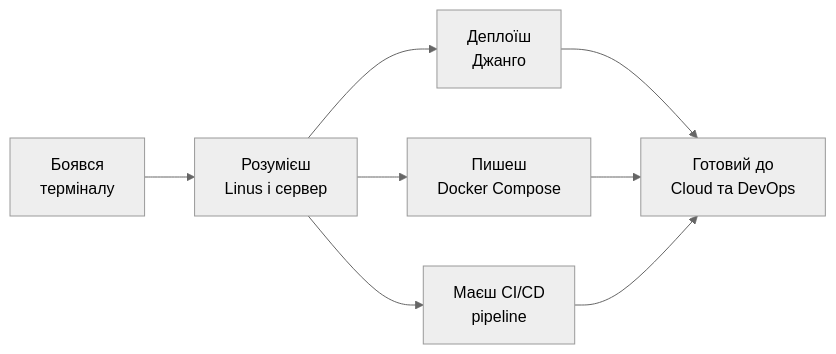
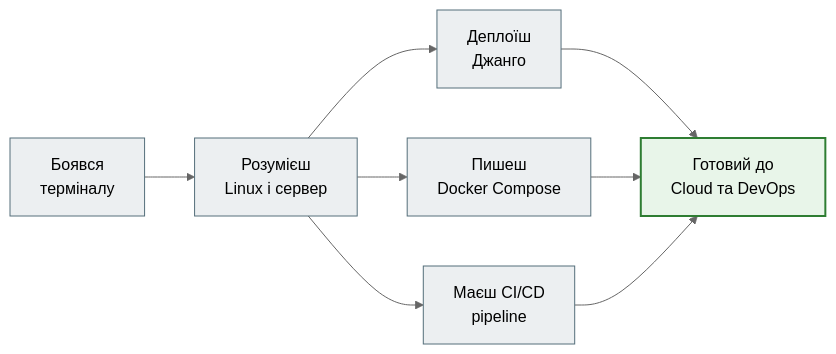
The second of 2 diagrams in docs/11_deployment/deploy_18_roadmap_next_steps_full.md (NikoriakViktot/notes_chat_app), drawn with Mermaid (neutral theme) before and after one commit. The commit also changed other lines of this file and 441 other files, not shown here.

First line of the commit message:
Add English version of the book, Mermaid standard, docs fixes

````diff
--- a/docs/11_deployment/deploy_18_roadmap_next_steps_full.md
+++ b/docs/11_deployment/deploy_18_roadmap_next_steps_full.md
@@ -198,10 +204,16 @@
 ```mermaid
 flowchart LR
-    Start["Боявся\nтерміналу"] --> Now["Розумієш\nLinus і сервер"]
-    Now --> Next1["Деплоїш\nДжанго"]
-    Now --> Next2["Пишеш\nDocker Compose"]
-    Now --> Next3["Маєш CI/CD\npipeline"]
-    Next1 --> Future["Готовий до\nCloud та DevOps"]
+    Start["Боявся<br>терміналу"] --> Now["Розумієш<br>Linux і сервер"]
+    Now --> Next1["Деплоїш<br>Джанго"]
+    Now --> Next2["Пишеш<br>Docker Compose"]
+    Now --> Next3["Маєш CI/CD<br>pipeline"]
+    Next1 --> Future["Готовий до<br>Cloud та DevOps"]
     Next2 --> Future
     Next3 --> Future
+
+    classDef step     fill:#eceff1,stroke:#546e7a,stroke-width:1px;
+    classDef success  fill:#e8f5e9,stroke:#2e7d32,stroke-width:2px;
+
+    class Start,Now,Next1,Next2,Next3 step;
+    class Future success;
 ```
````
